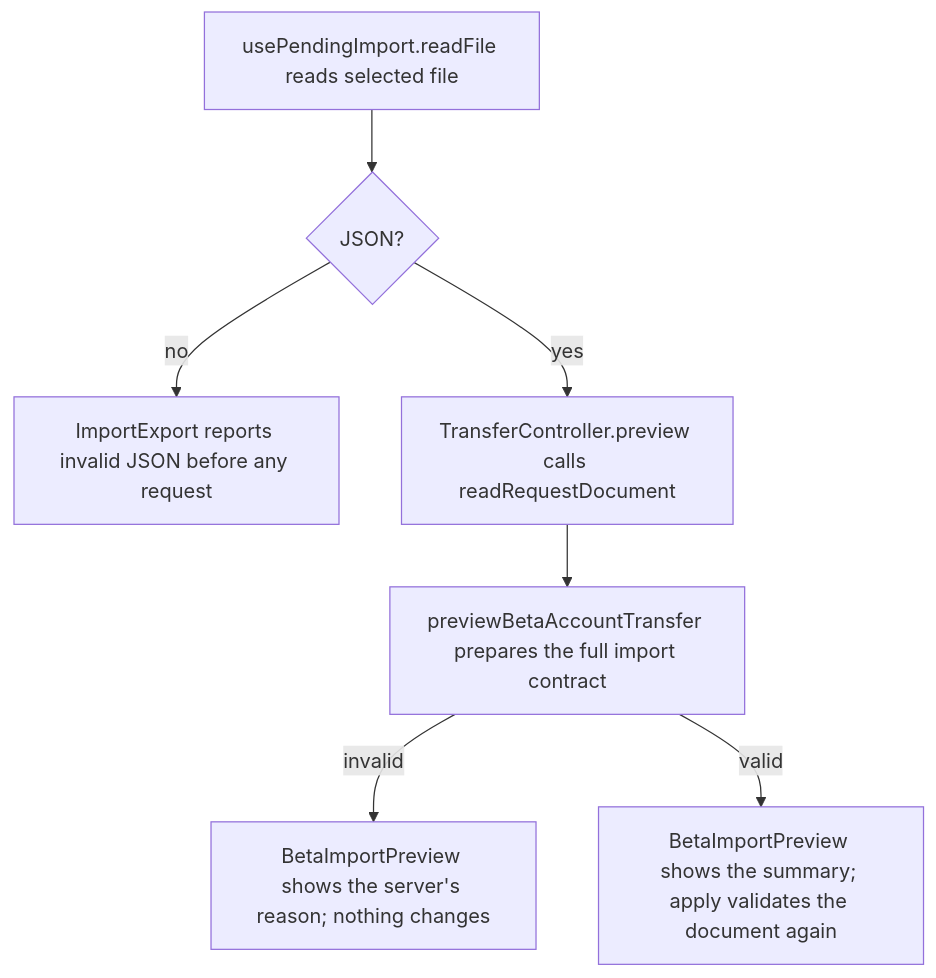
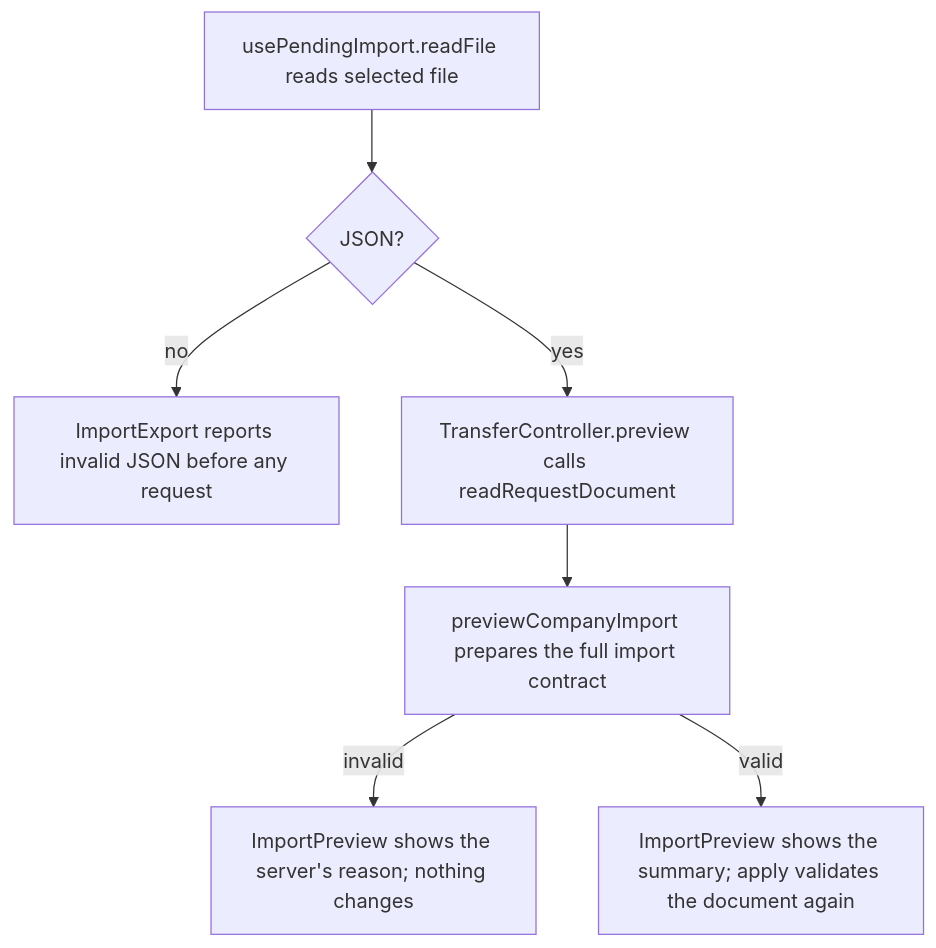
The second of 2 diagrams in user-stories/data/US-DAT-04-reject-non-capacitylens.md (Kevinjohn/capacitylens), drawn with Mermaid before and after one commit. The commit also changed other lines of this file and 33 other files, not shown here.

First line of the commit message:
Name the company document modules after what they do

````diff
--- a/user-stories/data/US-DAT-04-reject-non-capacitylens.md
+++ b/user-stories/data/US-DAT-04-reject-non-capacitylens.md
@@ -27,9 +27,9 @@
 ```mermaid
 flowchart TD
   file["usePendingImport.readFile reads selected file"] --> json{"JSON?"}
   json -->|"no"| notice["ImportExport reports invalid JSON before any request"]
   json -->|"yes"| request["TransferController.preview calls readRequestDocument"]
-  request --> validate["previewBetaAccountTransfer prepares the full import contract"]
-  validate -->|"invalid"| refused["BetaImportPreview shows the server's reason; nothing changes"]
-  validate -->|"valid"| preview["BetaImportPreview shows the summary; apply validates the document again"]
+  request --> validate["previewCompanyImport prepares the full import contract"]
+  validate -->|"invalid"| refused["ImportPreview shows the server's reason; nothing changes"]
+  validate -->|"valid"| preview["ImportPreview shows the summary; apply validates the document again"]
 ```
````
